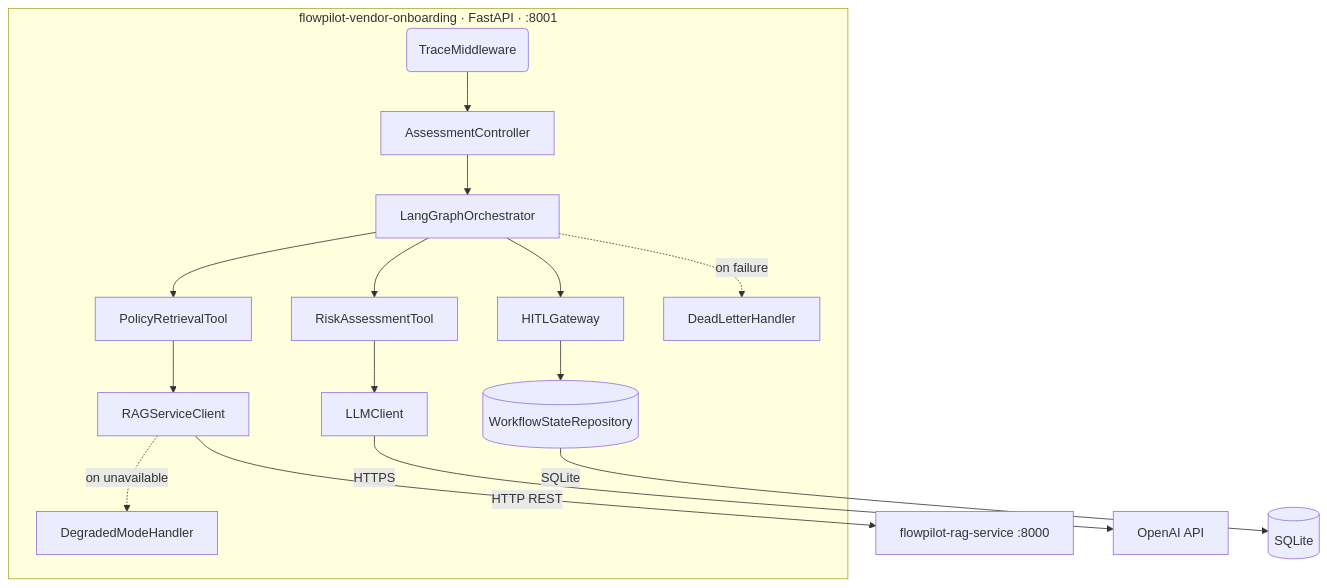
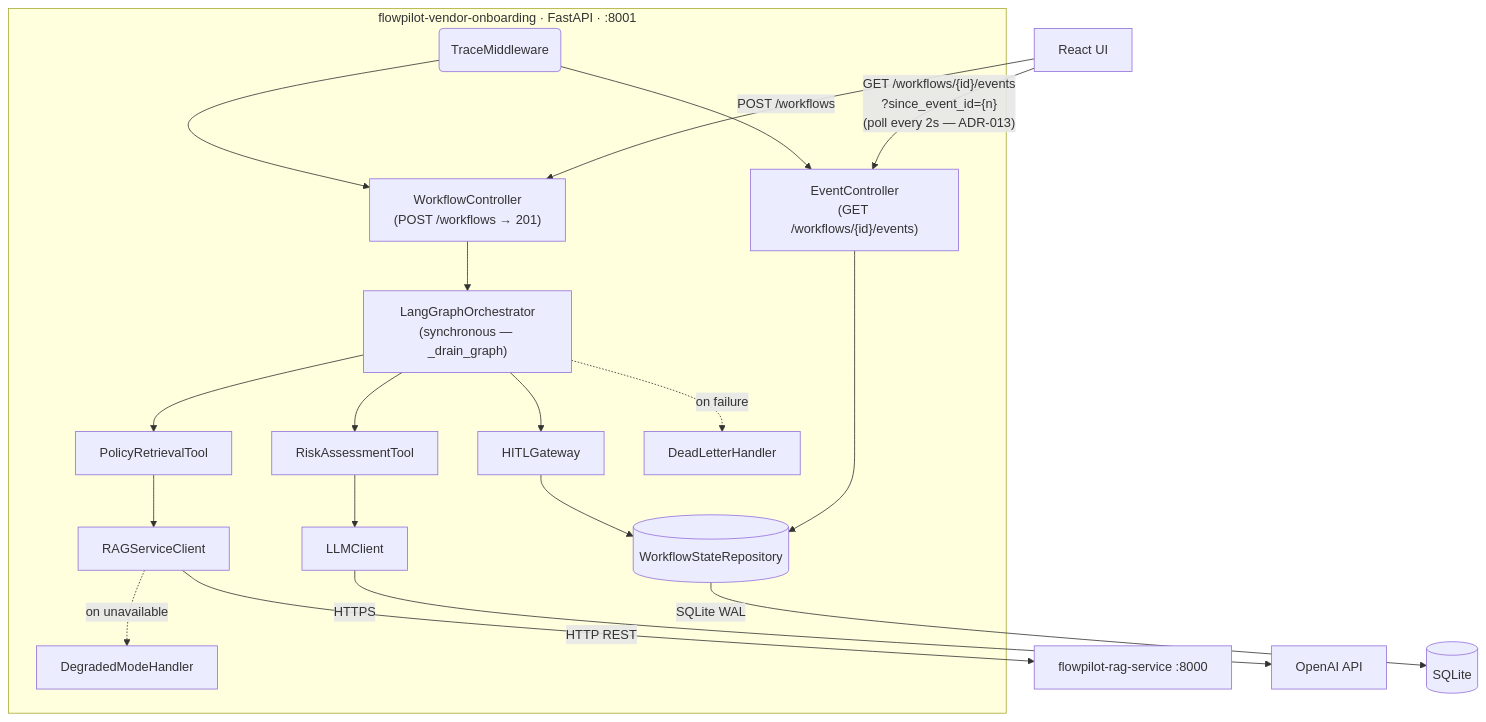
The diagram in architecture/c4-level3-vendor-onboarding.md (nitindra-soekhai/flowpilot-docs), drawn with Mermaid before and after one commit. The commit also changed other lines of this file and 3 other files, not shown here.

First line of the commit message:
docs(adr): add ADR-013 event feed polling vs SSE; update C4 and sequence diagrams for Option B

````diff
--- a/architecture/c4-level3-vendor-onboarding.md
+++ b/architecture/c4-level3-vendor-onboarding.md
@@ -3,22 +3,28 @@
 ```mermaid
 flowchart TD
     subgraph VO ["flowpilot-vendor-onboarding · FastAPI · :8001"]
         TM("TraceMiddleware")
-        AC["AssessmentController"]
-        LG["LangGraphOrchestrator"]
+        AC["WorkflowController\n(POST /workflows → 201)"]
+        EC["EventController\n(GET /workflows/{id}/events)"]
+        LG["LangGraphOrchestrator\n(synchronous — _drain_graph)"]
         PRT["PolicyRetrievalTool"] --> RSC["RAGServiceClient"]
         RAT["RiskAssessmentTool"] --> LLM["LLMClient"]
         HG["HITLGateway"] --> WSR[("WorkflowStateRepository")]
         DLH["DeadLetterHandler"]
         DMH["DegradedModeHandler"]
     end
 
-    TM --> AC --> LG
+    TM --> AC & EC
+    AC --> LG
+    EC --> WSR
     LG --> PRT & RAT & HG
     LG -.->|on failure| DLH
     RSC -.->|on unavailable| DMH
 
     RSC -->|HTTP REST| RAGS["flowpilot-rag-service :8000"]
     LLM -->|HTTPS| OAI["OpenAI API"]
-    WSR -->|SQLite| DB[("SQLite")]
+    WSR -->|SQLite WAL| DB[("SQLite")]
+
+    UI["React UI"] -->|POST /workflows| AC
+    UI -->|"GET /workflows/{id}/events\n?since_event_id={n}\n(poll every 2s — ADR-013)"| EC
 ```
````
